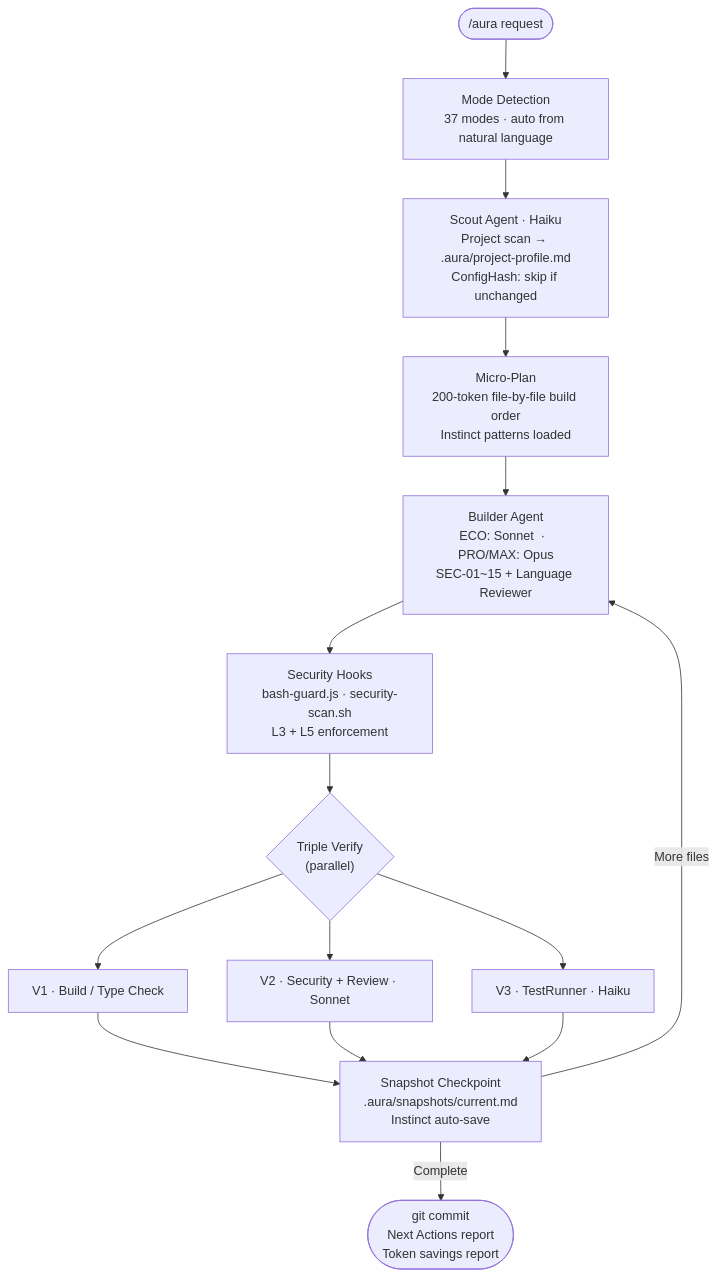
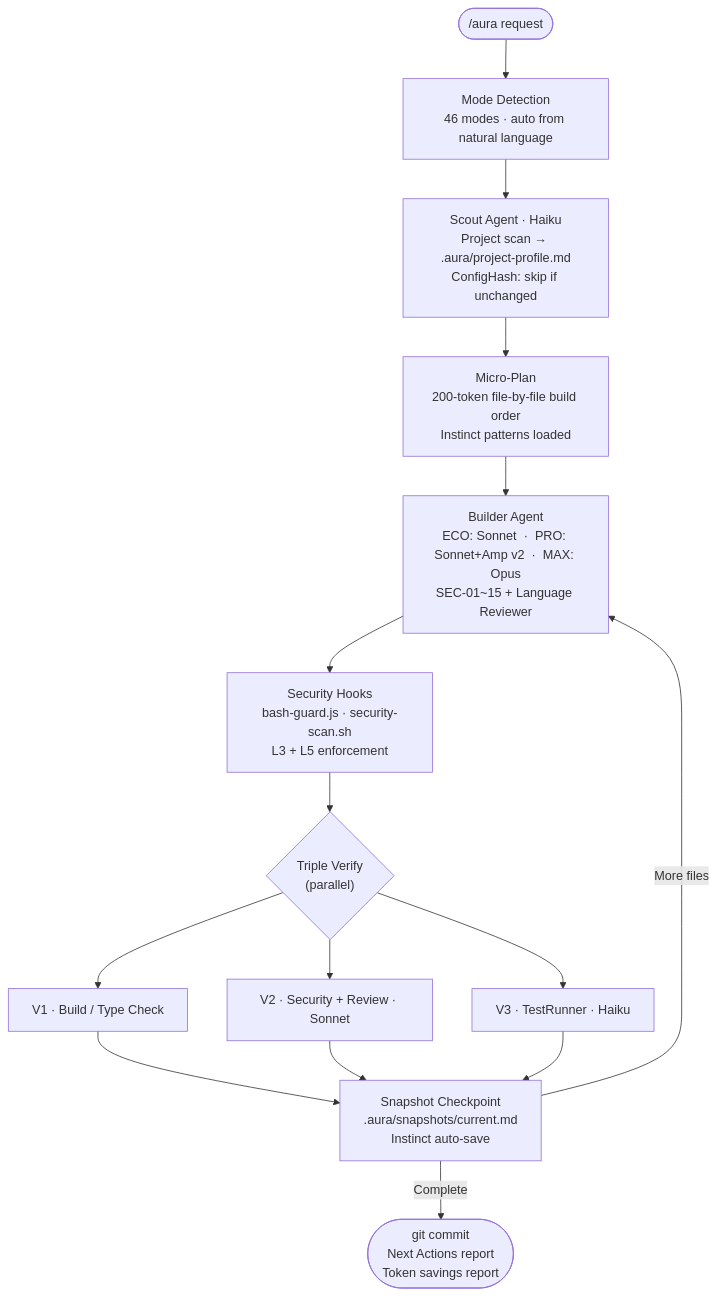
One commit to smorky850612/Aurakit changed the diagram in README.md. Above: the diagram before and after it, drawn with Mermaid. The commit also changed other lines of this file and 1 other file, not shown here.

First line of the commit message:
feat(v6.5.0): Autopus-ADK absorption + CC compliance — 46 modes, 23 agents, 10 hooks

````diff
--- a/README.md
+++ b/README.md
@@ -306,17 +319,17 @@
 ```mermaid
 flowchart TD
-    A(["/aura request"]) --> B["Mode Detection\n37 modes · auto from natural language"]
+    A(["/aura request"]) --> B["Mode Detection\n46 modes · auto from natural language"]
     B --> C["Scout Agent · Haiku\nProject scan → .aura/project-profile.md\nConfigHash: skip if unchanged"]
     C --> D["Micro-Plan\n200-token file-by-file build order\nInstinct patterns loaded"]
-    D --> E["Builder Agent\nECO: Sonnet  ·  PRO/MAX: Opus\nSEC-01~15 + Language Reviewer"]
+    D --> E["Builder Agent\nECO: Sonnet  ·  PRO: Sonnet+Amp v2  ·  MAX: Opus\nSEC-01~15 + Language Reviewer"]
     E --> F["Security Hooks\nbash-guard.js · security-scan.sh\nL3 + L5 enforcement"]
     F --> G{"Triple Verify\n(parallel)"}
     G --> H["V1 · Build / Type Check"]
     G --> I["V2 · Security + Review · Sonnet"]
     G --> J["V3 · TestRunner · Haiku"]
     H --> K["Snapshot Checkpoint\n.aura/snapshots/current.md\nInstinct auto-save"]
     I --> K
     J --> K
     K --> |"More files"| E
     K --> |"Complete"| L(["git commit\nNext Actions report\nToken savings report"])
 ```
````
